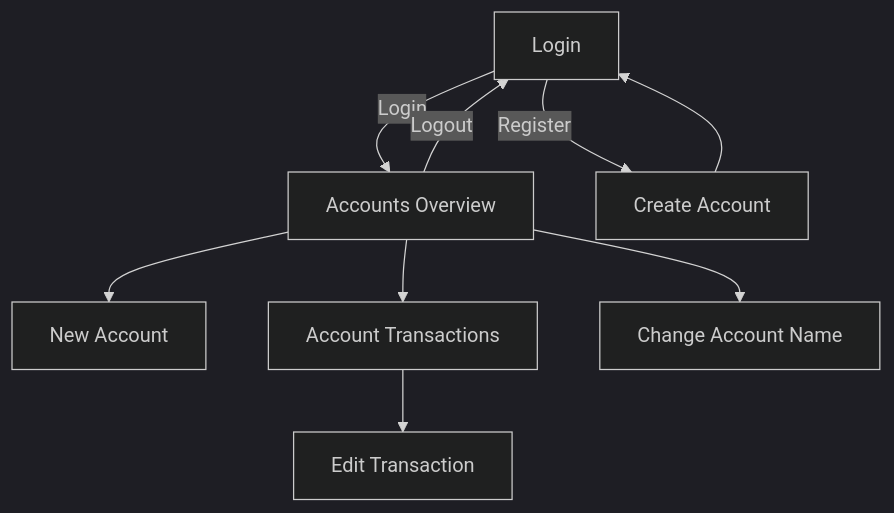
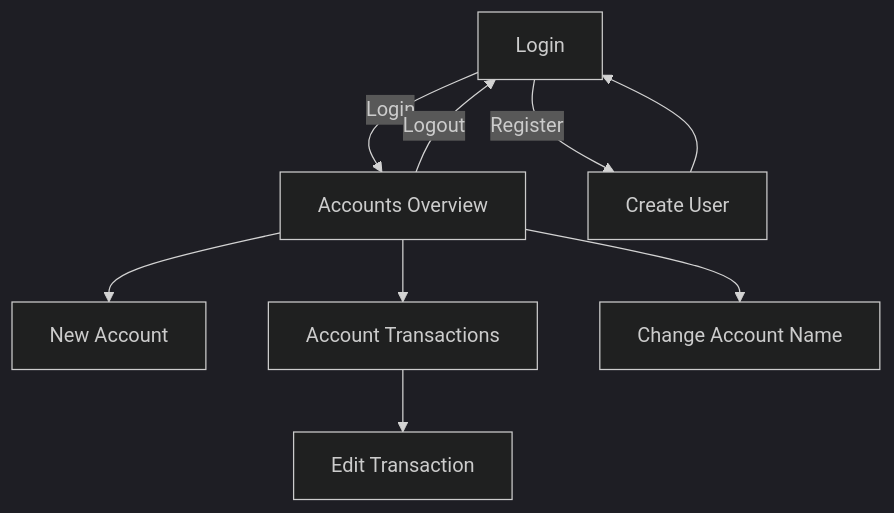
Before and after one commit to matiashei/ot-harjoitustyo: the first of 2 diagrams in dokumentaatio/vaatimusmaarittely.md, drawn with Mermaid (dark theme). The commit also changed other lines of this file, not shown here.

````diff
--- a/dokumentaatio/vaatimusmaarittely.md
+++ b/dokumentaatio/vaatimusmaarittely.md
@@ -16,11 +16,11 @@
 ```mermaid
 flowchart TD
 A[Login] -->|Login| D[Accounts Overview]
-A -->|Register| B[Create Account]
+A -->|Register| B[Create User]
 B--> A
 D --> E[New Account]
 D --> G[Account Transactions]
 D --> H[Change Account Name]
 G --> I[Edit Transaction]
 D -->|Logout|A
 ```
````
